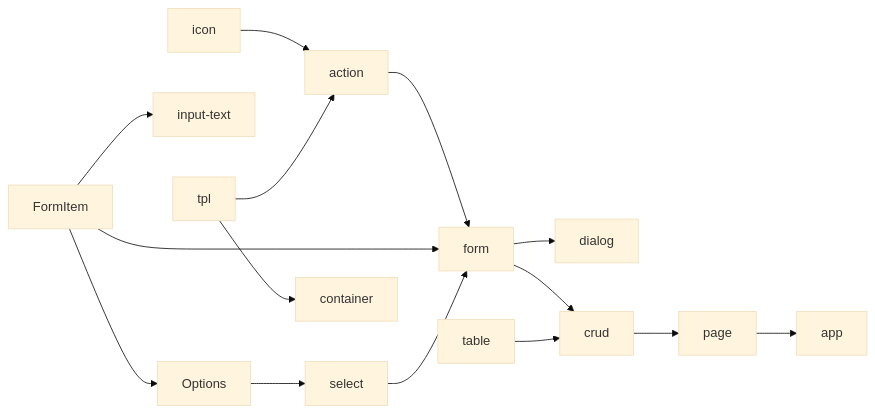
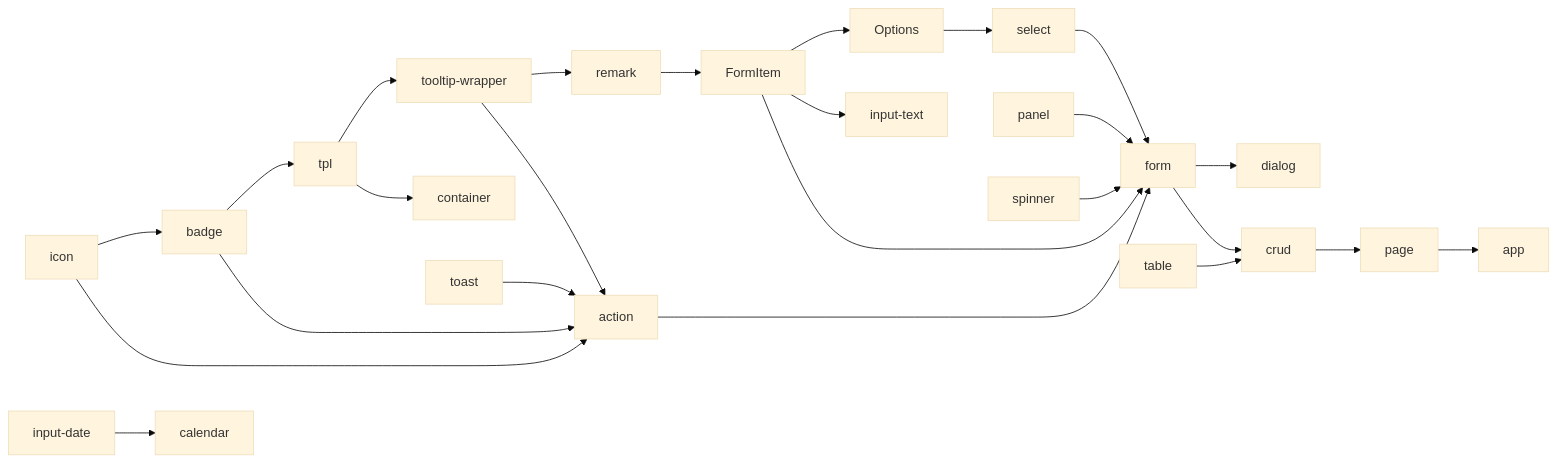
Before and after one commit to maxid/vamis: the diagram in docs/superpowers/specs/2026-10-20-vamis-component-todo.md, drawn with Mermaid (base theme). The commit also changed other lines of this file and 6 other files, not shown here.

````diff
--- a/docs/superpowers/specs/2026-10-20-vamis-component-todo.md
+++ b/docs/superpowers/specs/2026-10-20-vamis-component-todo.md
@@ -307,17 +310,27 @@
 ```mermaid
 flowchart LR
   FormItem --> Options
   FormItem --> inputText["input-text"]
   Options --> select
+  icon --> badge
+  badge --> tpl
+  tpl --> tooltipWrapper["tooltip-wrapper"]
+  tooltipWrapper --> remark
+  remark --> FormItem
   icon --> action
   tpl --> container
-  tpl --> action
+  tooltipWrapper --> action
+  badge --> action
+  toast --> action
   action --> form
+  panel --> form
+  spinner --> form
+  inputDate["input-date"] --> calendar
   FormItem --> form
   select --> form
   form --> dialog
   form --> crud
   table --> crud
   crud --> page
   page --> app
 ```
````
